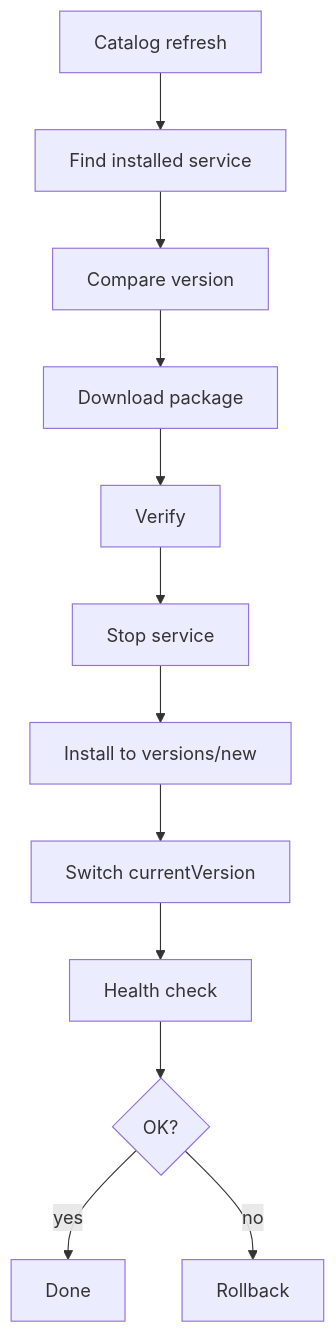
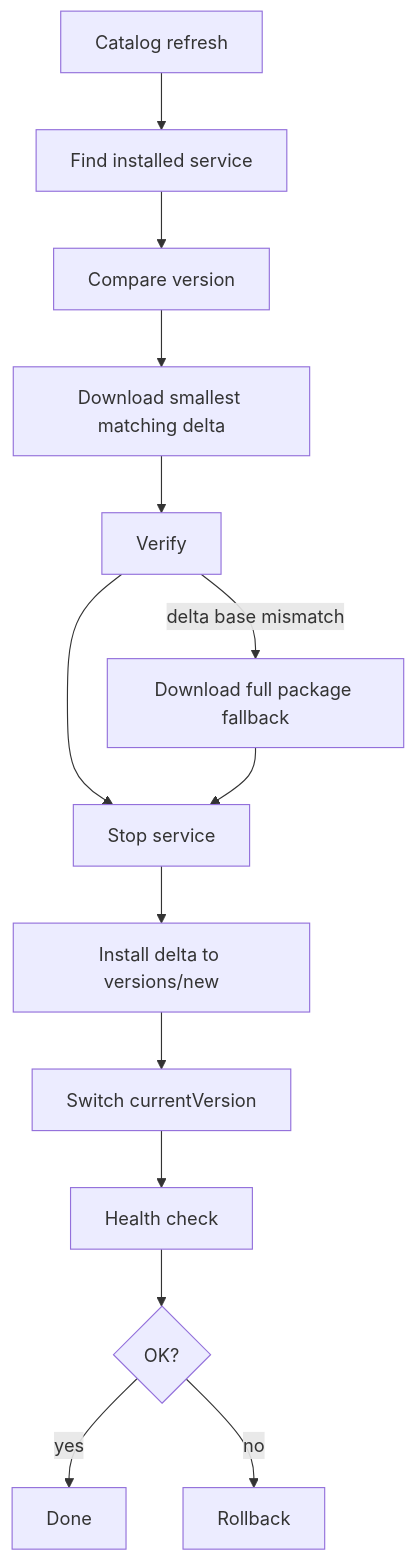
One commit to Extectick/ExApp changed the second of 2 diagrams in docs/09_UPDATE_RELEASE_PLAN.md. Above: the diagram before and after it, drawn with Mermaid. The commit also changed other lines of this file and 15 other files, not shown here.

````diff
--- a/docs/09_UPDATE_RELEASE_PLAN.md
+++ b/docs/09_UPDATE_RELEASE_PLAN.md
@@ -87,14 +101,16 @@
 ```mermaid
 flowchart TD
     A[Catalog refresh] --> B[Find installed service]
     B --> C[Compare version]
-    C --> D[Download package]
+    C --> D[Download smallest matching delta]
     D --> E[Verify]
     E --> F[Stop service]
-    F --> G[Install to versions/new]
+    F --> G[Install delta to versions/new]
     G --> H[Switch currentVersion]
     H --> I[Health check]
     I --> J{OK?}
     J -->|yes| K[Done]
     J -->|no| L[Rollback]
+    E -->|delta base mismatch| M[Download full package fallback]
+    M --> F
 ```
````
